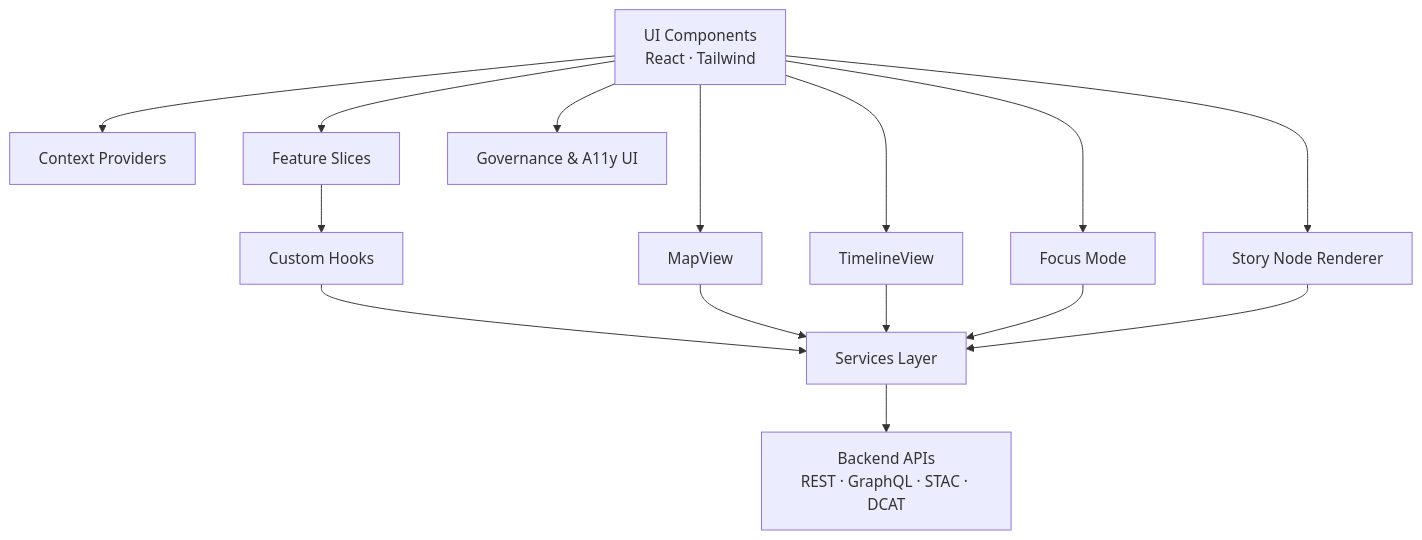
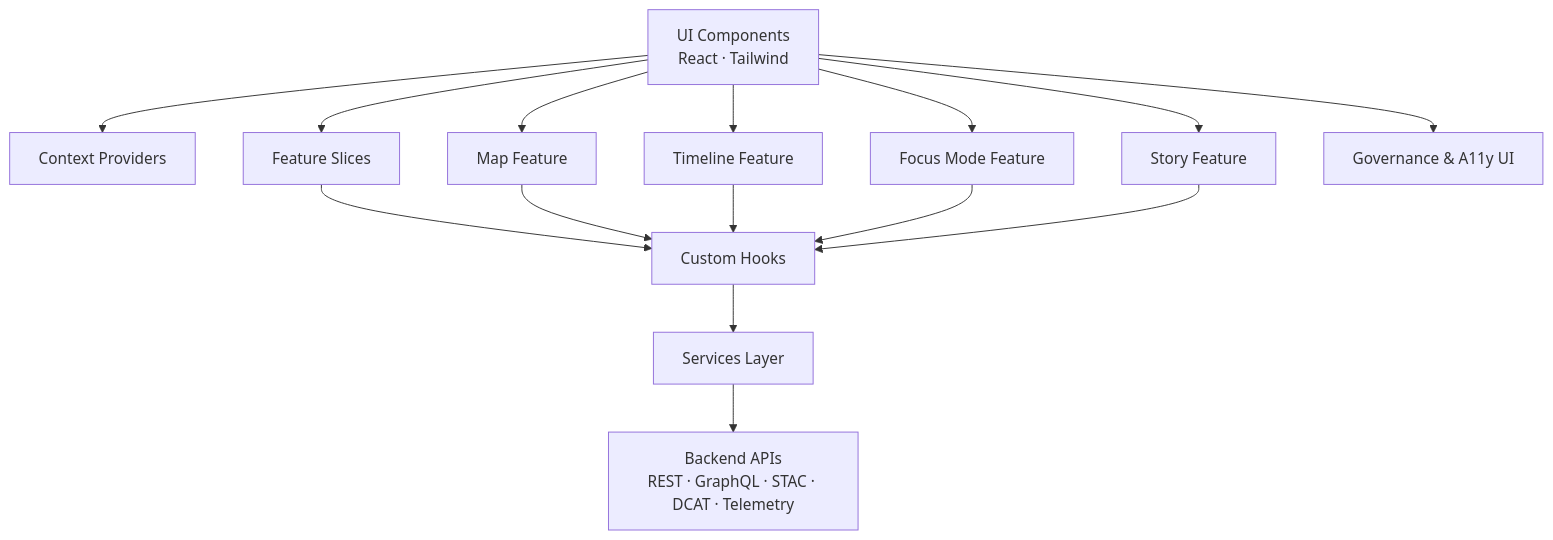
The diagram in web/src/ARCHITECTURE.md (bartytime4life/Kansas-Frontier-Matrix), drawn with Mermaid before and after one commit. The commit also changed other lines of this file, not shown here.

````diff
--- a/web/src/ARCHITECTURE.md
+++ b/web/src/ARCHITECTURE.md
@@ -177,19 +183,20 @@
-~~~mermaid
+```mermaid
 flowchart TD
     UI[UI Components<br/>React · Tailwind] --> CTX[Context Providers]
     UI --> FEAT[Feature Slices]
-    UI --> MAP[MapView]
-    UI --> TL[TimelineView]
-    UI --> FM[Focus Mode]
-    UI --> STORY[Story Node Renderer]
+    UI --> MAP[Map Feature]
+    UI --> TL[Timeline Feature]
+    UI --> FM[Focus Mode Feature]
+    UI --> STORY[Story Feature]
     UI --> GOVUI[Governance & A11y UI]
 
     FEAT --> HK[Custom Hooks]
     HK --> SVC[Services Layer]
-    MAP --> SVC
-    TL --> SVC
-    FM --> SVC
-    STORY --> SVC
 
-    SVC --> API[Backend APIs<br/>REST · GraphQL · STAC · DCAT]
-~~~
+    MAP --> HK
+    TL  --> HK
+    FM  --> HK
+    STORY --> HK
+
+    SVC --> API[Backend APIs<br/>REST · GraphQL · STAC · DCAT · Telemetry]
+```
````
